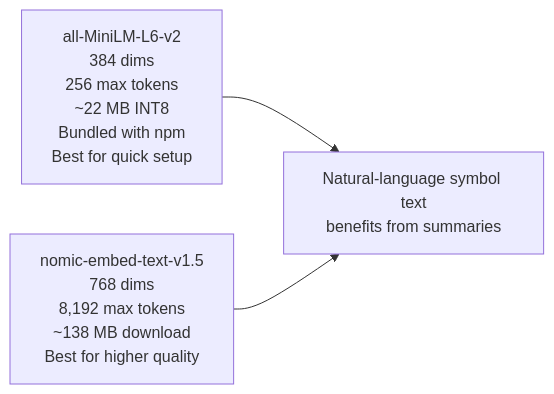
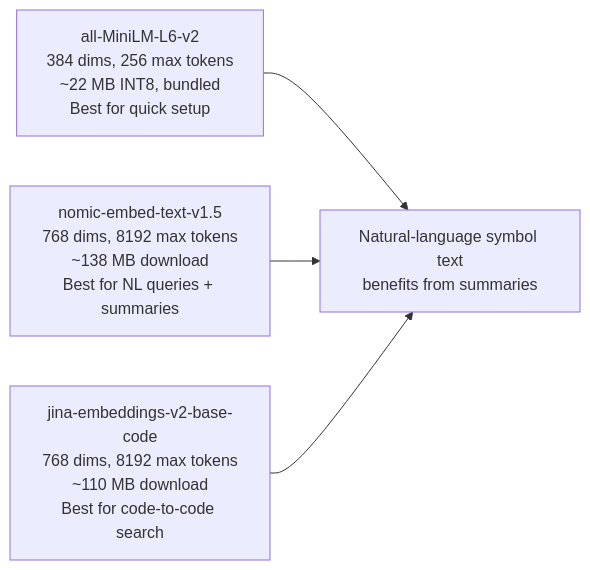
The fifth of 12 diagrams in docs/feature-deep-dives/semantic-engine.md (GlitterKill/sdl-mcp), drawn with Mermaid before and after one commit. The commit also changed other lines of this file and 12 other files, not shown here.

````diff
--- a/docs/feature-deep-dives/semantic-engine.md
+++ b/docs/feature-deep-dives/semantic-engine.md
@@ -315,5 +322,6 @@
 ```mermaid
 flowchart LR
-    MiniLM["all-MiniLM-L6-v2<br/>384 dims<br/>256 max tokens<br/>~22 MB INT8<br/>Bundled with npm<br/>Best for quick setup"] --> Shared["Natural-language symbol text<br/>benefits from summaries"]
-    Nomic["nomic-embed-text-v1.5<br/>768 dims<br/>8,192 max tokens<br/>~138 MB download<br/>Best for higher quality"] --> Shared
+    MiniLM["all-MiniLM-L6-v2<br/>384 dims, 256 max tokens<br/>~22 MB INT8, bundled<br/>Best for quick setup"] --> Shared["Natural-language symbol text<br/>benefits from summaries"]
+    Nomic["nomic-embed-text-v1.5<br/>768 dims, 8192 max tokens<br/>~138 MB download<br/>Best for NL queries + summaries"] --> Shared
+    Jina["jina-embeddings-v2-base-code<br/>768 dims, 8192 max tokens<br/>~110 MB download<br/>Best for code-to-code search"] --> Shared
 ```
````
